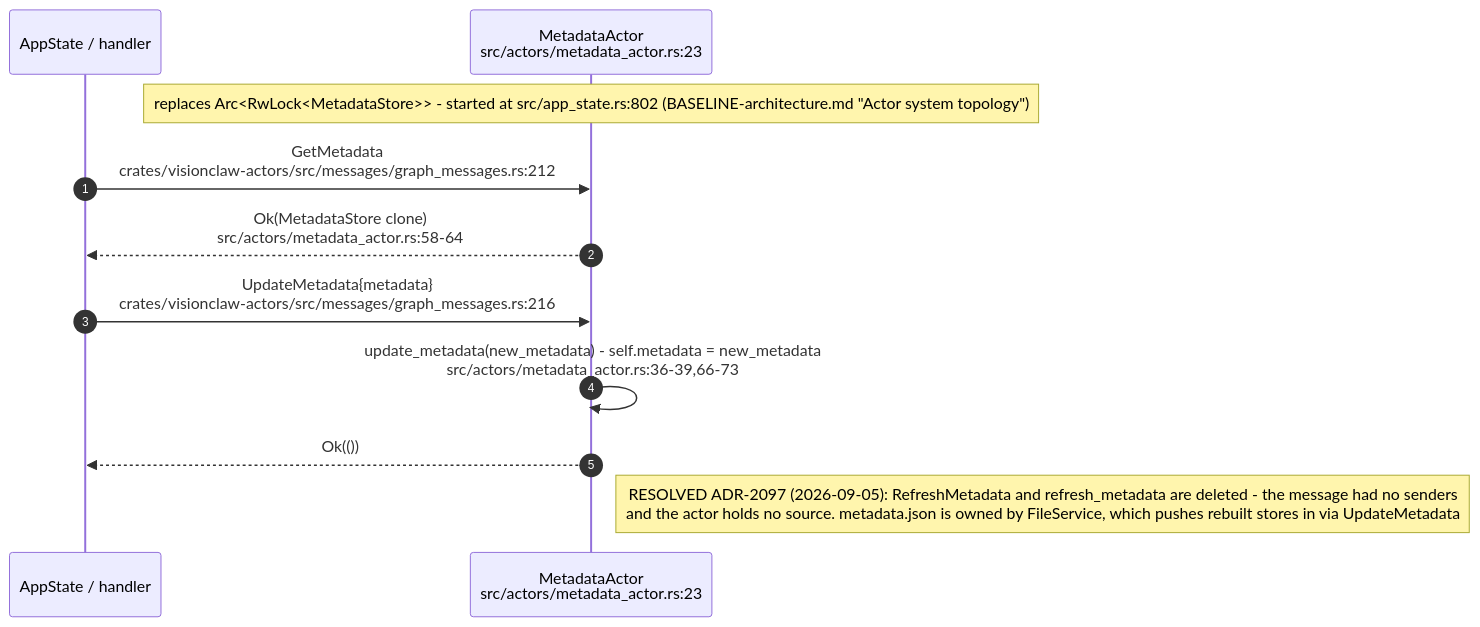
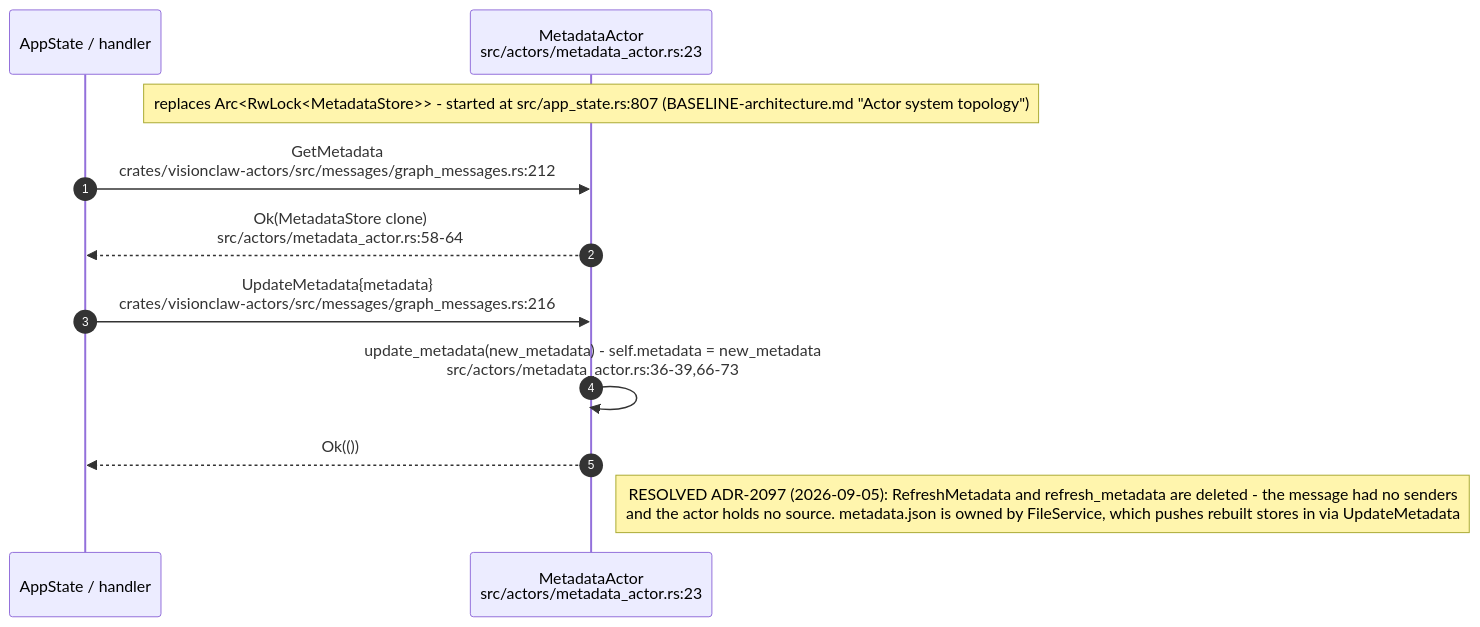
One commit to DreamLab-AI/AR-AI-Knowledge-Graph changed diagram 12 of 13 in docs/diagrams/visionclaw/25-insight-kpi-nlq-semantics.md. Above: the diagram before and after it, drawn with Mermaid. The commit also changed other lines of this file and 73 other files, not shown here.

First line of the commit message:
docs(diagrams): re-verify all 71 topic files against HEAD; add --cite-check

````diff
--- a/docs/diagrams/visionclaw/25-insight-kpi-nlq-semantics.md
+++ b/docs/diagrams/visionclaw/25-insight-kpi-nlq-semantics.md
@@ -478,14 +478,14 @@
 ```mermaid
 sequenceDiagram
     autonumber
     participant Caller as AppState / handler
     participant MA as MetadataActor<br/>src/actors/metadata_actor.rs:23
 
-    Note over MA: replaces Arc<RwLock<MetadataStore>> - started at src/app_state.rs:802 (BASELINE-architecture.md "Actor system topology")
+    Note over MA: replaces Arc<RwLock<MetadataStore>> - started at src/app_state.rs:807 (BASELINE-architecture.md "Actor system topology")
     Caller->>MA: GetMetadata<br/>crates/visionclaw-actors/src/messages/graph_messages.rs:212
     MA-->>Caller: Ok(MetadataStore clone)<br/>src/actors/metadata_actor.rs:58-64
     Caller->>MA: UpdateMetadata{metadata}<br/>crates/visionclaw-actors/src/messages/graph_messages.rs:216
     MA->>MA: update_metadata(new_metadata) - self.metadata = new_metadata<br/>src/actors/metadata_actor.rs:36-39,66-73
     MA-->>Caller: Ok(())
     Note right of MA: RESOLVED ADR-2097 (2026-09-05): RefreshMetadata and refresh_metadata are deleted - the message had no senders<br/>and the actor holds no source. metadata.json is owned by FileService, which pushes rebuilt stores in via UpdateMetadata
 ```
````
